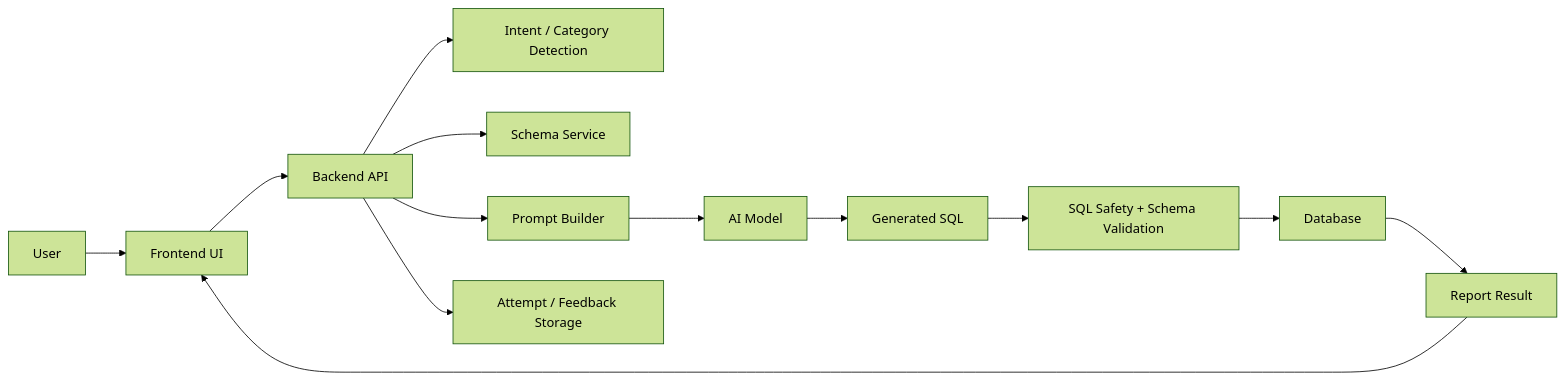
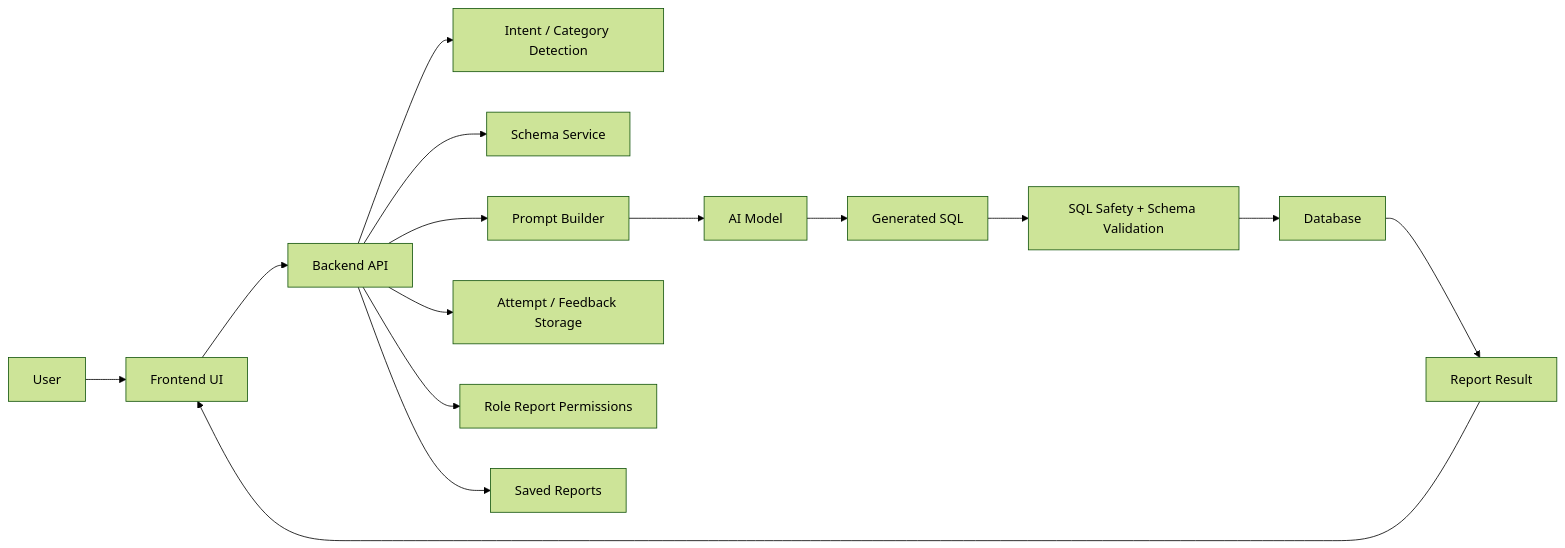
The diagram in docs/AI_REPORTING_SYSTEM_PROJECT_PLAN.md (dhiraj-solace/Dewita-AI-Reporting-JSR), drawn with Mermaid (forest theme) before and after one commit. The commit also changed other lines of this file and 11 other files, not shown here.

````diff
--- a/docs/AI_REPORTING_SYSTEM_PROJECT_PLAN.md
+++ b/docs/AI_REPORTING_SYSTEM_PROJECT_PLAN.md
@@ -57,15 +62,17 @@
 ```mermaid
 flowchart LR
   User["User"] --> UI["Frontend UI"]
   UI --> API["Backend API"]
   API --> Intent["Intent / Category Detection"]
   API --> Schema["Schema Service"]
   API --> Prompt["Prompt Builder"]
   Prompt --> AI["AI Model"]
   AI --> SQL["Generated SQL"]
   SQL --> Guard["SQL Safety + Schema Validation"]
   Guard --> DB["Database"]
   DB --> Result["Report Result"]
   Result --> UI
   API --> Audit["Attempt / Feedback Storage"]
+  API --> RBAC["Role Report Permissions"]
+  API --> Saved["Saved Reports"]
 ```
````
